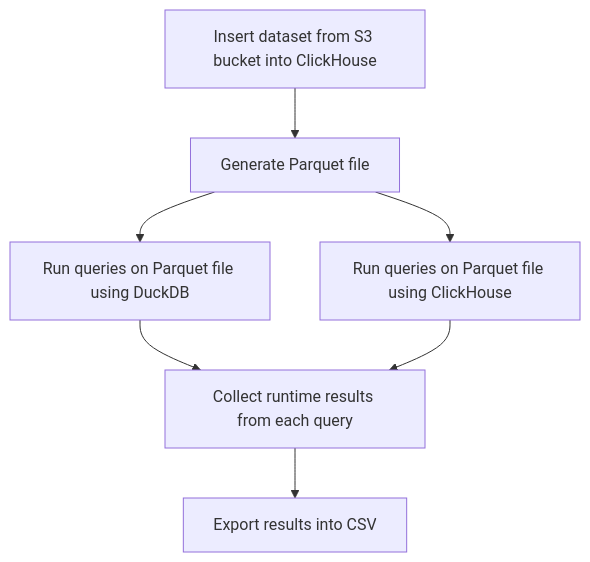
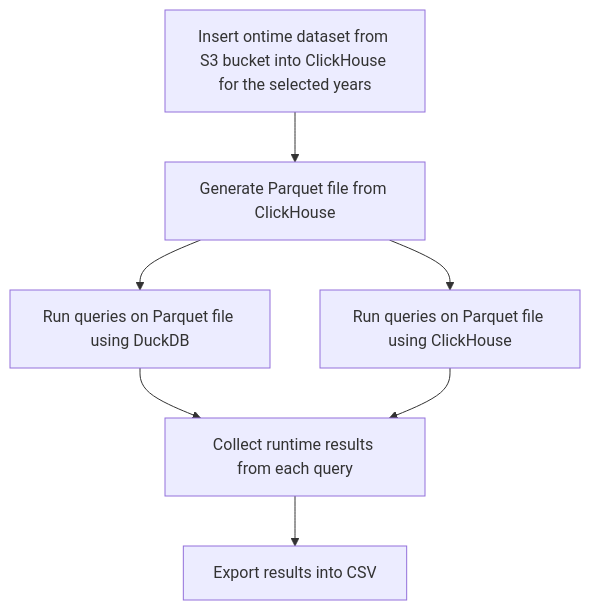
Before and after one commit to Altinity/clickhouse-regression: the diagram in parquet/performance/README.md, drawn with Mermaid. The commit also changed other lines of this file, not shown here.

````diff
--- a/parquet/performance/README.md
+++ b/parquet/performance/README.md
@@ -26,10 +26,10 @@
 ```mermaid
 graph TD
-    B[Insert dataset from S3 bucket into ClickHouse]
-    B --> C[Generate Parquet file]
+    B[Insert ontime dataset from S3 bucket into ClickHouse for the selected years]
+    B --> C[Generate Parquet file from ClickHouse]
     C --> D[Run queries on Parquet file using DuckDB]
     C --> E[Run queries on Parquet file using ClickHouse]
     D --> F[Collect runtime results from each query]
     E --> F
     F --> G[Export results into CSV]
 ```
````
